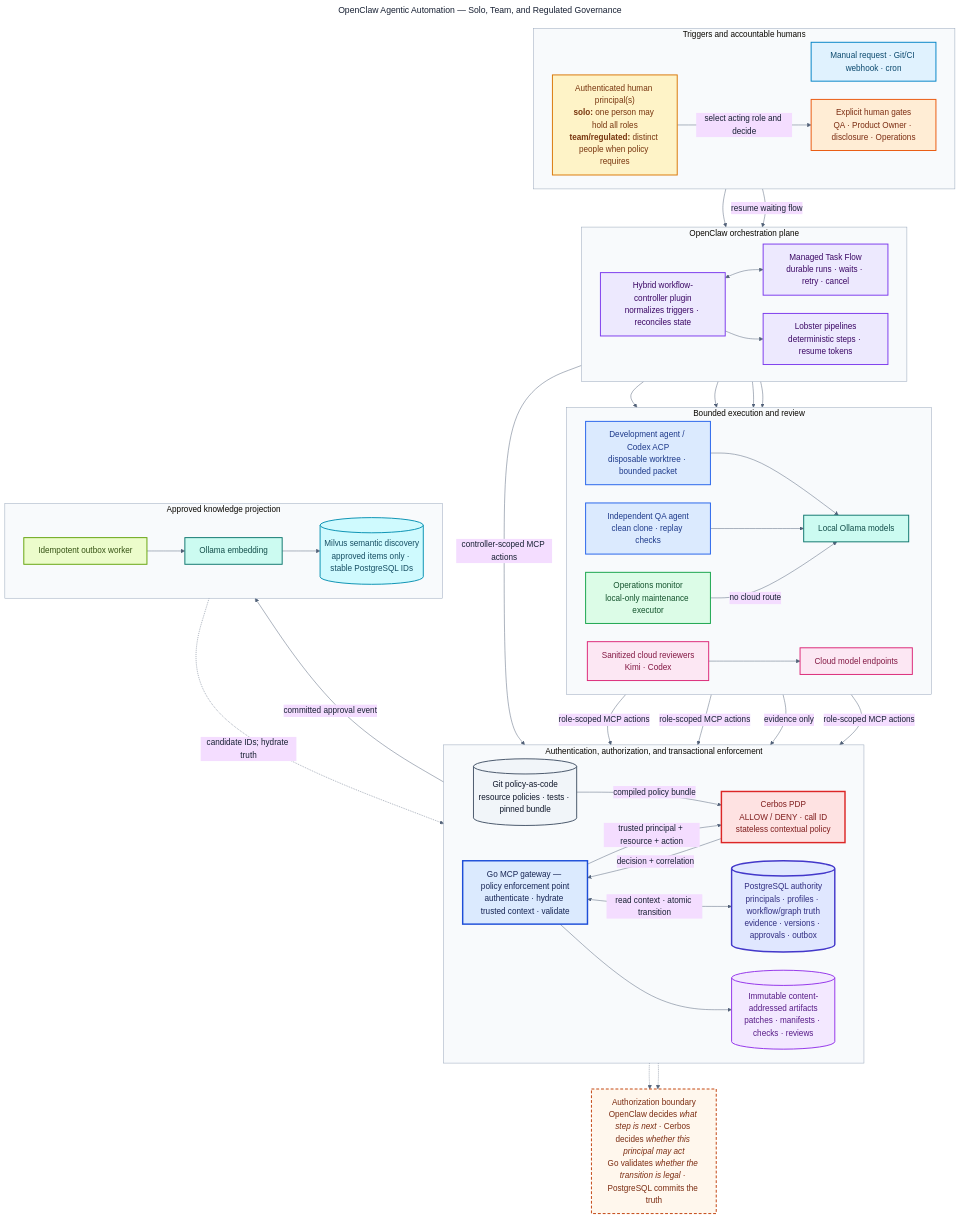
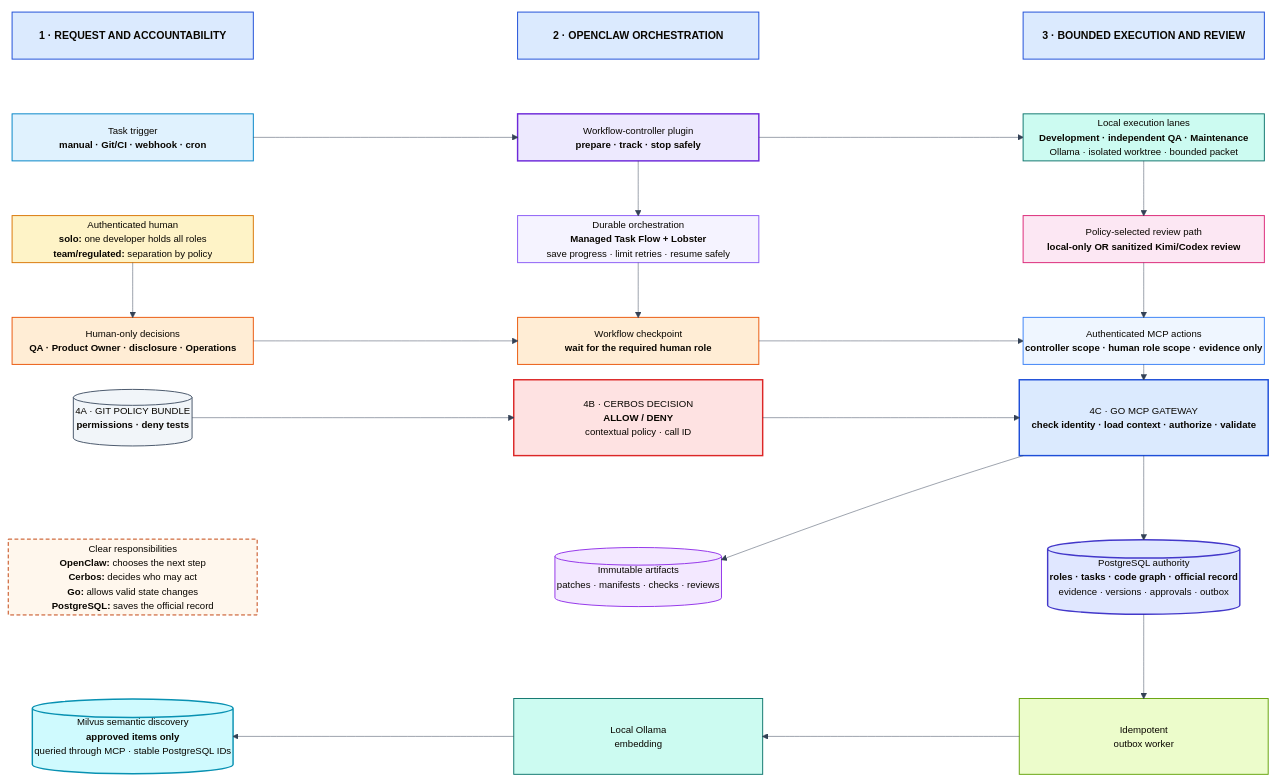
One commit to dhanuka84/local-ai-development-platform changed the diagram in docs/diagrams/openclaw-agentic-automation-workflow.mmd. Above: the diagram before and after it, drawn with Mermaid. The commit also changed 13 other files, not shown here.

```diff
--- a/docs/diagrams/openclaw-agentic-automation-workflow.mmd
+++ b/docs/diagrams/openclaw-agentic-automation-workflow.mmd
@@ -1,96 +1,129 @@
 ---
-title: OpenClaw Agentic Automation — Solo, Team, and Regulated Governance
+title: OpenClaw Agentic Automation — Local-First Execution with Human Governance
 ---
-%%{init: {"theme": "base", "flowchart": {"curve": "basis", "htmlLabels": true, "nodeSpacing": 38, "rankSpacing": 54}, "themeVariables": {"fontFamily": "Inter, Arial, sans-serif", "fontSize": "17px", "primaryTextColor": "#172033", "lineColor": "#526178", "clusterBkg": "#f8fafc", "clusterBorder": "#94a3b8"}}}%%
-flowchart TB
-    subgraph INPUT["Triggers and accountable humans"]
-        direction LR
-        TRIG["Manual request · Git/CI webhook · cron"]:::trigger
-        HUMAN["Authenticated human principal(s)<br/><b>solo:</b> one person may hold all roles<br/><b>team/regulated:</b> distinct people when policy requires"]:::human
-        GATES["Explicit human gates<br/>QA · Product Owner · disclosure · Operations"]:::gate
-        HUMAN -->|"select acting role and decide"| GATES
+%%{init: {"theme": "base", "themeVariables": {"fontFamily": "Inter, Arial, sans-serif", "fontSize": "20px", "primaryTextColor": "#172033", "lineColor": "#334155", "edgeLabelBackground": "#ffffff"}, "themeCSS": ".edge-thickness-normal { stroke-width: 3px !important; }"}}%%
+block
+  columns 1
+
+  block:top
+    columns 5
+    block:request
+      columns 1
+      H1["1 · REQUEST AND ACCOUNTABILITY"]
+      space
+      TRIGGER["Task trigger<br/><b>manual · Git/CI · webhook · cron</b>"]
+      space
+      HUMAN["Authenticated human<br/><b>solo:</b> one developer holds all roles<br/><b>team/regulated:</b> separation by policy"]
+      space
+      GATES["Human-only decisions<br/><b>QA · Product Owner · disclosure · Operations</b>"]
     end
 
-    subgraph ORCH["OpenClaw orchestration plane"]
-        direction LR
-        CTRL["Hybrid workflow-controller plugin<br/>normalizes triggers · reconciles state"]:::openclaw
-        TF["Managed Task Flow<br/>durable runs · waits · retry · cancel"]:::openclaw
-        LOB["Lobster pipelines<br/>deterministic steps · resume tokens"]:::openclaw
-        CTRL <--> TF
-        CTRL --> LOB
+    space
+
+    block:orchestrate
+      columns 1
+      H2["2 · OPENCLAW ORCHESTRATION"]
+      space
+      CONTROLLER["Workflow-controller plugin<br/><b>prepare · track · stop safely</b>"]
+      space
+      TASKFLOW["Durable orchestration<br/><b>Managed Task Flow + Lobster</b><br/>save progress · limit retries · resume safely"]
+      space
+      CHECKPOINT["Workflow checkpoint<br/><b>wait for the required human role</b>"]
     end
 
-    TRIG --> CTRL
-    GATES -->|"resume waiting flow"| CTRL
+    space
 
-    subgraph EXEC["Bounded execution and review"]
-        direction LR
-        DEV["Development agent / Codex ACP<br/>disposable worktree · bounded packet"]:::agent
-        QA["Independent QA agent<br/>clean clone · replay checks"]:::agent
-        REMOTE["Sanitized cloud reviewers<br/>Kimi · Codex"]:::cloud
-        OPS["Operations monitor<br/>local-only maintenance executor"]:::ops
-        OLLAMA["Local Ollama models"]:::local
-        CLOUD["Cloud model endpoints"]:::cloud
-        DEV --> OLLAMA
-        QA --> OLLAMA
-        OPS -->|"no cloud route"| OLLAMA
-        REMOTE --> CLOUD
+    block:execute
+      columns 1
+      H3["3 · BOUNDED EXECUTION AND REVIEW"]
+      space
+      LOCAL["Local execution lanes<br/><b>Development · independent QA · Maintenance</b><br/>Ollama · isolated worktree · bounded packet"]
+      space
+      ROUTE["Policy-selected review path<br/><b>local-only OR sanitized Kimi/Codex review</b>"]
+      space
+      CALLS["Authenticated MCP actions<br/><b>controller scope · human role scope · evidence only</b>"]
     end
+  end
 
-    CTRL --> DEV
-    CTRL --> QA
-    CTRL --> REMOTE
-    CTRL --> OPS
+  block:trust
+    columns 5
+    POLICIES[("4A · GIT POLICY BUNDLE<br/><b>permissions · deny tests</b>")]
+    space
+    CERBOS["4B · CERBOS DECISION<br/><b>ALLOW / DENY</b><br/>contextual policy · call ID"]
+    space
+    MCP["4C · GO MCP GATEWAY<br/><b>check identity · load context · authorize · validate</b>"]
+    space:5
+    SPLIT["Clear responsibilities<br/><b>OpenClaw:</b> chooses the next step<br/><b>Cerbos:</b> decides who may act<br/><b>Go:</b> allows valid state changes<br/><b>PostgreSQL:</b> saves the official record"]
+    space
+    ARTIFACTS[("Immutable artifacts<br/>patches · manifests · checks · reviews")]
+    space
+    POSTGRES[("PostgreSQL authority<br/><b>roles · tasks · code graph · official record</b><br/>evidence · versions · approvals · outbox")]
+    space:5
+    MILVUS[("Milvus semantic discovery<br/><b>approved items only</b><br/>queried through MCP · stable PostgreSQL IDs")]
+    space
+    EMBEDDING["Local Ollama<br/>embedding"]
+    space
+    OUTBOX["Idempotent<br/>outbox worker"]
+  end
 
-    subgraph ENFORCE["Authentication, authorization, and transactional enforcement"]
-        direction LR
-        MCP["Go MCP gateway — policy enforcement point<br/>authenticate · hydrate trusted context · validate"]:::gateway
-        CERBOS["Cerbos PDP<br/>ALLOW / DENY · call ID<br/>stateless contextual policy"]:::authz
-        POLICIES[("Git policy-as-code<br/>resource policies · tests · pinned bundle")]:::git
-        PG[("PostgreSQL authority<br/>principals · profiles · workflow/graph truth<br/>evidence · versions · approvals · outbox")]:::database
-        ART[("Immutable content-addressed artifacts<br/>patches · manifests · checks · reviews")]:::storage
+  HUMAN --> GATES
+  TRIGGER --> CONTROLLER
+  CONTROLLER --> LOCAL
+  CONTROLLER --> TASKFLOW
+  TASKFLOW --> CHECKPOINT
+  LOCAL --> ROUTE
+  ROUTE --> CALLS
+  GATES --> CHECKPOINT
+  CHECKPOINT --> CALLS
+  CALLS --> MCP
 
-        POLICIES -->|"compiled policy bundle"| CERBOS
-        MCP -->|"trusted principal + resource + action"| CERBOS
-        CERBOS -->|"decision + correlation"| MCP
-        MCP <-->|"read context · atomic transition"| PG
-        MCP --> ART
-    end
+  POLICIES --> CERBOS
+  CERBOS --> MCP
+  MCP --> POSTGRES
+  MCP --> ARTIFACTS
+  POSTGRES --> OUTBOX
+  OUTBOX --> EMBEDDING
+  EMBEDDING --> MILVUS
 
-    DEV -->|"role-scoped MCP actions"| MCP
-    QA -->|"role-scoped MCP actions"| MCP
-    REMOTE -->|"evidence only"| MCP
-    OPS -->|"role-scoped MCP actions"| MCP
-    CTRL -->|"controller-scoped MCP actions"| MCP
+  classDef header fill:#dbeafe,stroke:#1d4ed8,stroke-width:2px,color:#172554,font-size:22px,font-weight:bold;
+  classDef trigger fill:#e0f2fe,stroke:#0284c7,stroke-width:2px,color:#0c4a6e;
+  classDef human fill:#fef3c7,stroke:#d97706,stroke-width:2px,color:#78350f;
+  classDef gate fill:#ffedd5,stroke:#ea580c,stroke-width:2px,color:#7c2d12;
+  classDef openclaw fill:#f5f3ff,stroke:#8b5cf6,stroke-width:2px,color:#3b0764;
+  classDef openclawStrong fill:#ede9fe,stroke:#6d28d9,stroke-width:3px,color:#3b0764;
+  classDef local fill:#ccfbf1,stroke:#0f766e,stroke-width:2px,color:#134e4a;
+  classDef cloud fill:#fce7f3,stroke:#db2777,stroke-width:2px,color:#831843;
+  classDef gatewayLight fill:#eff6ff,stroke:#3b82f6,stroke-width:2px,color:#1e3a8a;
+  classDef gateway fill:#dbeafe,stroke:#1d4ed8,stroke-width:3px,color:#172554;
+  classDef authz fill:#fee2e2,stroke:#dc2626,stroke-width:3px,color:#7f1d1d;
+  classDef database fill:#e0e7ff,stroke:#4338ca,stroke-width:3px,color:#312e81;
+  classDef storage fill:#f3e8ff,stroke:#9333ea,stroke-width:2px,color:#581c87;
+  classDef git fill:#f1f5f9,stroke:#475569,stroke-width:2px,color:#0f172a;
+  classDef worker fill:#ecfccb,stroke:#65a30d,stroke-width:2px,color:#365314;
+  classDef vector fill:#cffafe,stroke:#0891b2,stroke-width:3px,color:#164e63;
+  classDef note fill:#fff7ed,stroke:#c2410c,stroke-width:2px,stroke-dasharray:8 5,color:#7c2d12;
 
-    subgraph LEARN["Approved knowledge projection"]
-        direction LR
-        OUTBOX["Idempotent outbox worker"]:::worker
-        EMBED["Ollama embedding"]:::local
-        MILVUS[("Milvus semantic discovery<br/>approved items only · stable PostgreSQL IDs")]:::vector
-        OUTBOX --> EMBED --> MILVUS
-    end
+  class H1,H2,H3 header
+  class TRIGGER trigger
+  class HUMAN human
+  class GATES gate
+  class CONTROLLER openclawStrong
+  class TASKFLOW openclaw
+  class CHECKPOINT gate
+  class LOCAL,EMBEDDING local
+  class ROUTE cloud
+  class CALLS gatewayLight
+  class MCP gateway
+  class CERBOS authz
+  class POSTGRES database
+  class ARTIFACTS storage
+  class POLICIES git
+  class OUTBOX worker
+  class MILVUS vector
+  class SPLIT note
 
-    PG -->|"committed approval event"| OUTBOX
-    MILVUS -.->|"candidate IDs; hydrate truth"| MCP
-
-    NOTE["Authorization boundary<br/>OpenClaw decides <i>what step is next</i> · Cerbos decides <i>whether this principal may act</i><br/>Go validates <i>whether the transition is legal</i> · PostgreSQL commits the truth"]:::note
-    CERBOS -.-> NOTE
-    PG -.-> NOTE
-
-    classDef trigger fill:#e0f2fe,stroke:#0284c7,stroke-width:2px,color:#0c4a6e;
-    classDef human fill:#fef3c7,stroke:#d97706,stroke-width:2px,color:#78350f;
-    classDef gate fill:#ffedd5,stroke:#ea580c,stroke-width:2px,color:#7c2d12;
-    classDef openclaw fill:#ede9fe,stroke:#7c3aed,stroke-width:2px,color:#3b0764;
-    classDef agent fill:#dbeafe,stroke:#2563eb,stroke-width:2px,color:#1e3a8a;
-    classDef ops fill:#dcfce7,stroke:#16a34a,stroke-width:2px,color:#14532d;
-    classDef local fill:#ccfbf1,stroke:#0f766e,stroke-width:2px,color:#134e4a;
-    classDef cloud fill:#fce7f3,stroke:#db2777,stroke-width:2px,color:#831843;
-    classDef gateway fill:#dbeafe,stroke:#1d4ed8,stroke-width:3px,color:#172554;
-    classDef authz fill:#fee2e2,stroke:#dc2626,stroke-width:3px,color:#7f1d1d;
-    classDef database fill:#e0e7ff,stroke:#4338ca,stroke-width:3px,color:#312e81;
-    classDef storage fill:#f3e8ff,stroke:#9333ea,stroke-width:2px,color:#581c87;
-    classDef git fill:#f1f5f9,stroke:#475569,stroke-width:2px,color:#0f172a;
-    classDef worker fill:#ecfccb,stroke:#65a30d,stroke-width:2px,color:#365314;
-    classDef vector fill:#cffafe,stroke:#0891b2,stroke-width:2px,color:#164e63;
-    classDef note fill:#fff7ed,stroke:#c2410c,stroke-width:2px,stroke-dasharray:6 4,color:#7c2d12;
+  style request fill:#ffffff,stroke:#ffffff,stroke-width:0px
+  style orchestrate fill:#ffffff,stroke:#ffffff,stroke-width:0px
+  style execute fill:#ffffff,stroke:#ffffff,stroke-width:0px
+  style top fill:#ffffff,stroke:#ffffff,stroke-width:0px
+  style trust fill:#ffffff,stroke:#ffffff,stroke-width:0px
```
